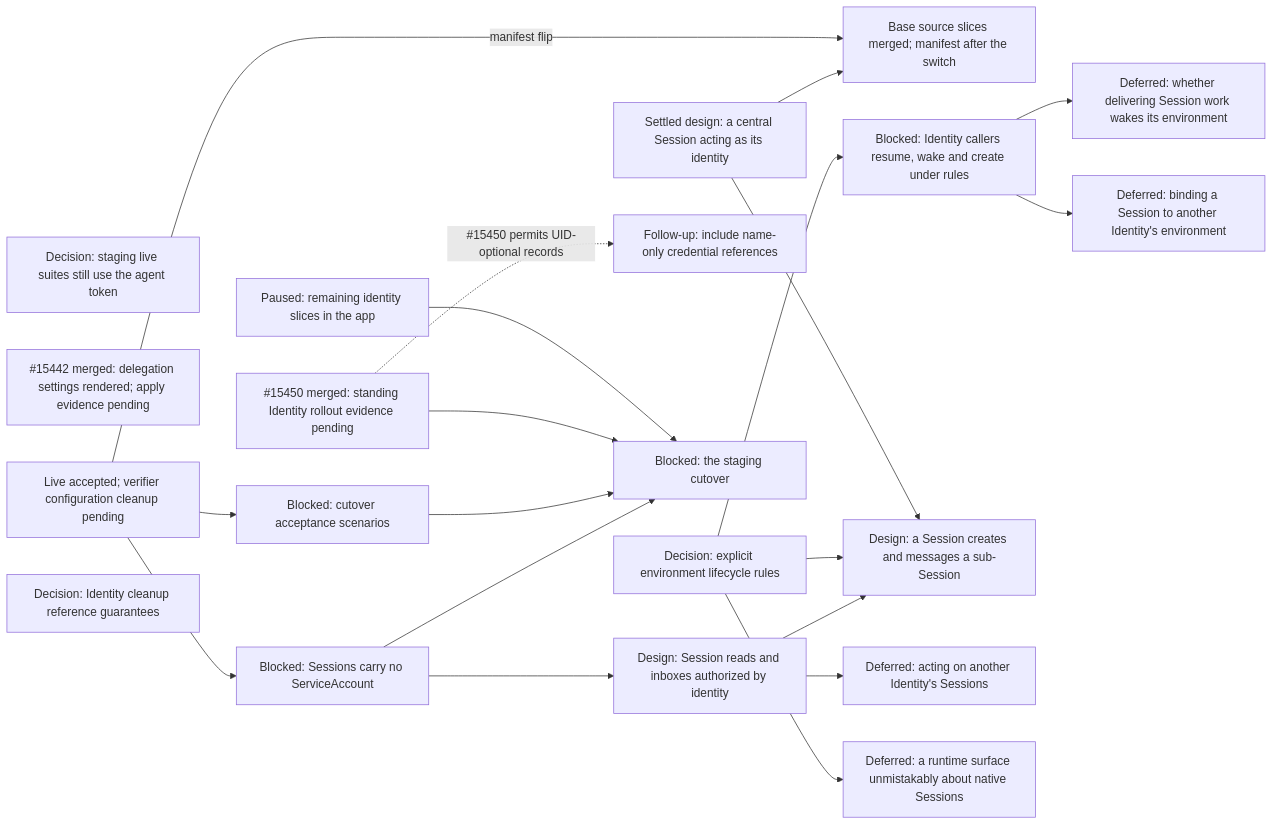
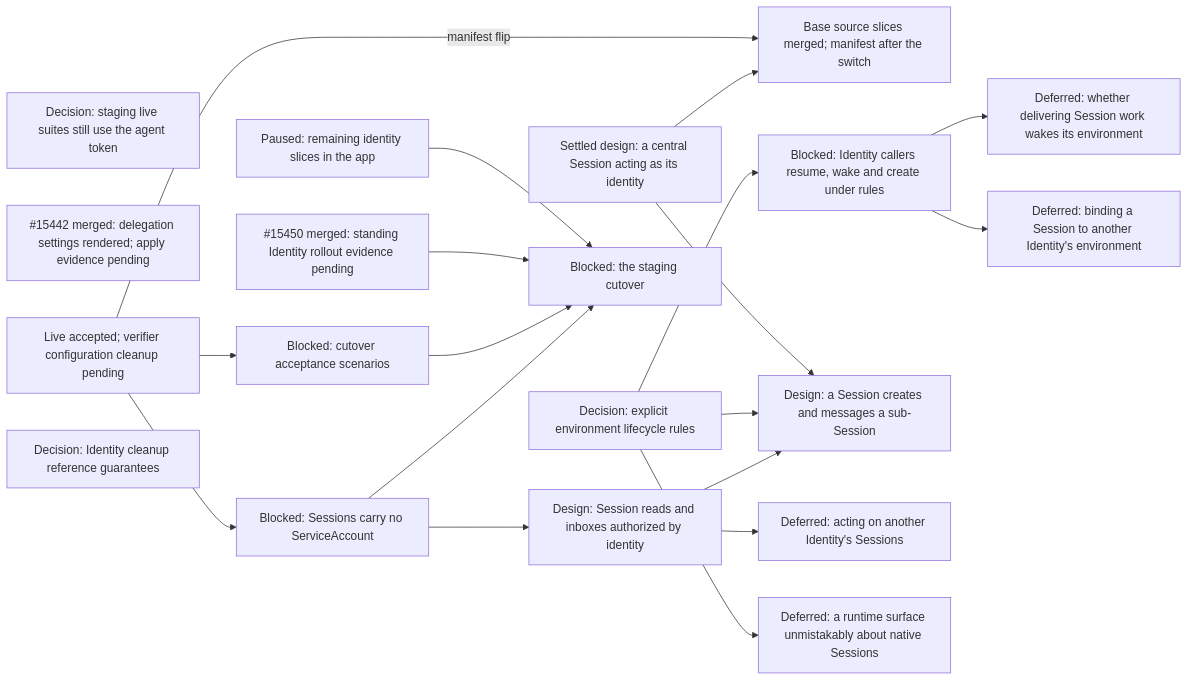
Before and after one commit to agentydragon/ducktape: diagram 16 of 18 in agentplane/plans/task_dag.md, drawn with Mermaid. The commit also changed other lines of this file and 3 other files, not shown here.

Commit message:
agentplane: guard Identity deletion against name-only credentials

````diff
--- a/agentplane/plans/task_dag.md
+++ b/agentplane/plans/task_dag.md
@@ -3144,34 +3144,32 @@
 ```mermaid
 flowchart LR
     APP_AGENT_TOKEN_DECISION[Decision: staging live suites still use the agent token]
     SERVICES_IDENTITY_PRINCIPAL[#15442 merged: delegation settings rendered; apply evidence pending]
     CENTRAL_SESSION_ACTING_DESIGN[Settled design: a central Session acting as its identity]
     CENTRAL_SESSION_DELEGATED_ACTING[Base source slices merged; manifest after the switch]
     CENTRAL_SESSION_ACTING_DESIGN --> CENTRAL_SESSION_DELEGATED_ACTING
     SANDBOX_IDENTITY_SPEC -->|manifest flip| CENTRAL_SESSION_DELEGATED_ACTING
     STANDING_WORKLOAD_IDENTITY[#15450 merged: standing Identity rollout evidence pending]
     ENVIRONMENT_RULE_TYPE_DESIGN[Decision: explicit environment lifecycle rules]
     ENVIRONMENT_LIFECYCLE_RULES[Blocked: Identity callers resume, wake and create under rules]
     ENVIRONMENT_RULE_TYPE_DESIGN --> ENVIRONMENT_LIFECYCLE_RULES
     APP_IDENTITIES_UI[Paused: remaining identity slices in the app]
     IDENTITY_CLEANUP_REFERENCE_DECISION[Decision: Identity cleanup reference guarantees]
-    IDENTITY_DELETE_CREDENTIAL_GUARD[Follow-up: include name-only credential references]
-    STANDING_WORKLOAD_IDENTITY -. #15450 permits UID-optional records .-> IDENTITY_DELETE_CREDENTIAL_GUARD
     SANDBOX_IDENTITY_SPEC[Live accepted; verifier configuration cleanup pending]
     SANDBOX_IDENTITY_SPEC --> IDENTITY_SYSTEM_TESTS[Blocked: cutover acceptance scenarios]
     SANDBOX_IDENTITY_SPEC --> SESSION_SA_PRINCIPAL_REMOVAL[Blocked: Sessions carry no ServiceAccount]
     SESSION_SA_PRINCIPAL_REMOVAL --> IDENTITY_CUTOVER
     SESSION_SA_PRINCIPAL_REMOVAL --> SESSION_IDENTITY_AUTHZ
     SESSION_SUBAGENT_DELEGATION[Design: a Session creates and messages a sub-Session]
     SESSION_IDENTITY_AUTHZ --> SESSION_SUBAGENT_DELEGATION
     ENVIRONMENT_RULE_TYPE_DESIGN --> SESSION_SUBAGENT_DELEGATION
     CENTRAL_SESSION_ACTING_DESIGN --> SESSION_SUBAGENT_DELEGATION
     IDENTITY_SYSTEM_TESTS --> IDENTITY_CUTOVER[Blocked: the staging cutover]
     STANDING_WORKLOAD_IDENTITY --> IDENTITY_CUTOVER
     APP_IDENTITIES_UI --> IDENTITY_CUTOVER
     SESSION_IDENTITY_AUTHZ[Design: Session reads and inboxes authorized by identity]
     SESSION_IDENTITY_AUTHZ --> SESSION_CROSS_IDENTITY_AUTHORITY[Deferred: acting on another Identity's Sessions]
     ENVIRONMENT_RULE_TYPE_DESIGN --> ENVIRONMENT_RUNTIME_NATIVE_SURFACE[Deferred: a runtime surface unmistakably about native Sessions]
     ENVIRONMENT_LIFECYCLE_RULES --> WAKE_ON_DELIVERY_DESIGN[Deferred: whether delivering Session work wakes its environment]
     ENVIRONMENT_LIFECYCLE_RULES --> CROSS_IDENTITY_SESSION_BINDING[Deferred: binding a Session to another Identity's environment]
 ```
````
